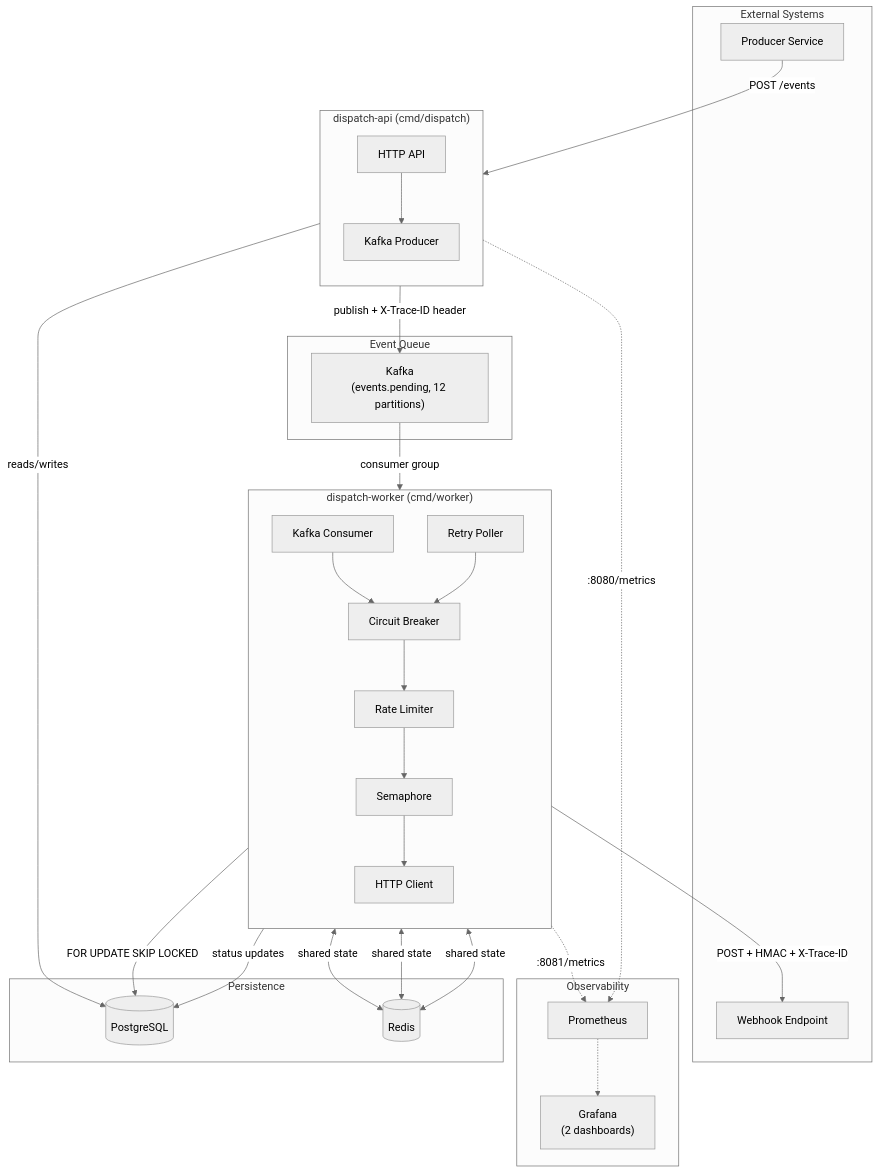
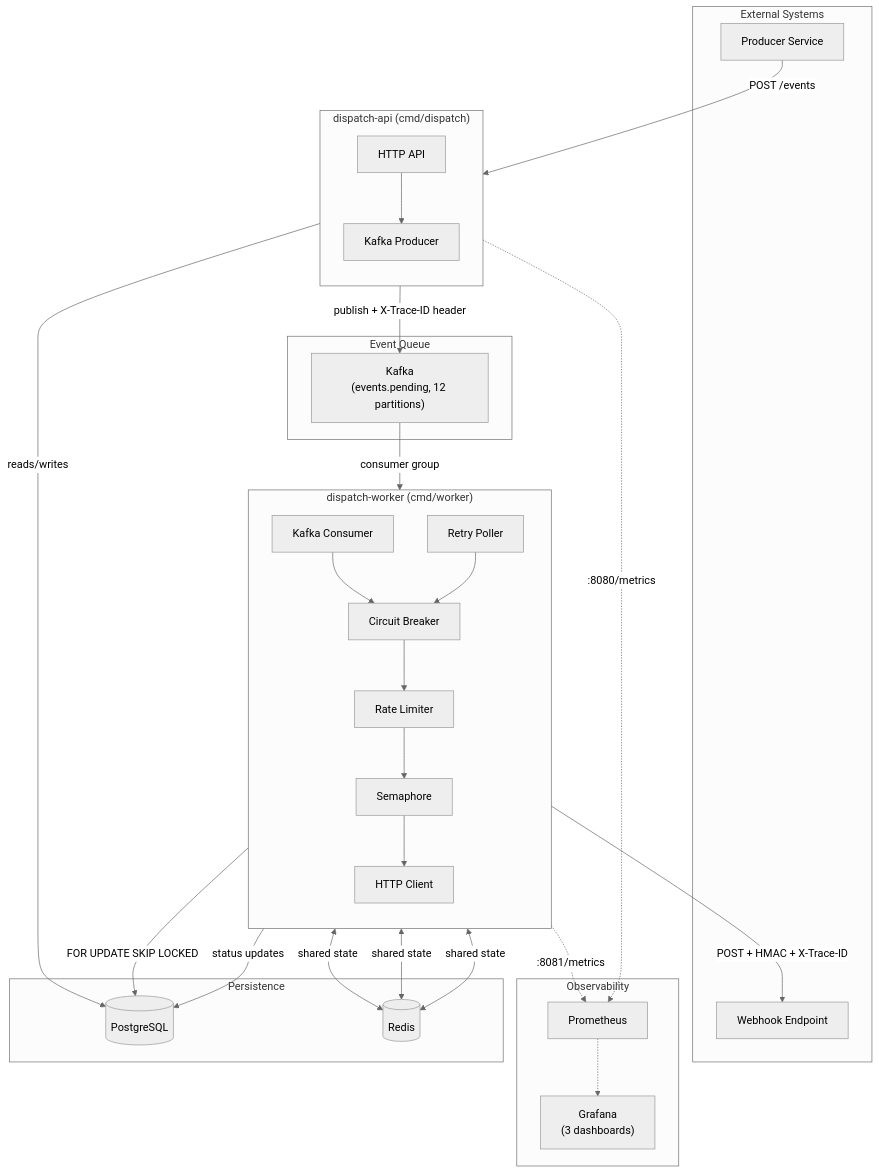
One commit to felipepmaragno/webhook-service changed the first of 12 diagrams in docs/architecture.md. Above: the diagram before and after it, drawn with Mermaid (neutral theme). The commit also changed other lines of this file and 2 other files, not shown here.

Commit message:
docs: create v0.3.0 exec plan; update ADR 007 and architecture for metric changes
- docs/exec-plans/active/v0.3.0.md: full plan for local observability demo
  (Phase 1 done, Phases 2-4 pending: receiver service, Kafka UI, seed script,
  Makefile targets, final doc pass)
- docs/adr/007-observability.md: expand metrics table with all 12 metrics,
  namespaces and labels; document StateChangeNotifier pattern and rationale;
  renumber sub-sections after insertion
- docs/architecture.md: fix Grafana dashboard count (2→3); add observability
  hook note to Circuit Breaker section explaining StateChangeNotifier opt-in

Generated with [Devin](https://cli.devin.ai/docs)

````diff
--- a/docs/architecture.md
+++ b/docs/architecture.md
@@ -7,58 +7,58 @@
 ```mermaid
 flowchart TB
     subgraph External["External Systems"]
         Producer["Producer Service"]
         Consumer["Webhook Endpoint"]
     end
 
     subgraph API["dispatch-api (cmd/dispatch)"]
         direction TB
         HTTPHandler["HTTP API"]
         KafkaProducer["Kafka Producer"]
     end
 
     subgraph Queue["Event Queue"]
         Kafka["Kafka<br/>(events.pending, 12 partitions)"]
     end
 
     subgraph Worker["dispatch-worker (cmd/worker)"]
         direction TB
         KafkaConsumer["Kafka Consumer"]
         RetryPoller["Retry Poller"]
         CB["Circuit Breaker"]
         RL["Rate Limiter"]
         Sem["Semaphore"]
         Delivery["HTTP Client"]
     end
 
     subgraph Storage["Persistence"]
         DB[(PostgreSQL)]
         Redis[(Redis)]
     end
 
     subgraph Observability["Observability"]
         Prom["Prometheus"]
-        Grafana["Grafana<br/>(2 dashboards)"]
+        Grafana["Grafana<br/>(3 dashboards)"]
     end
 
     Producer -->|"POST /events"| HTTPHandler
     HTTPHandler -->|"reads/writes"| DB
     HTTPHandler --> KafkaProducer
     KafkaProducer -->|"publish + X-Trace-ID header"| Kafka
     Kafka -->|"consumer group"| KafkaConsumer
     RetryPoller -->|"FOR UPDATE SKIP LOCKED"| DB
     KafkaConsumer --> CB
     RetryPoller --> CB
     CB --> RL
     RL --> Sem
     Sem --> Delivery
     Delivery -->|"POST + HMAC + X-Trace-ID"| Consumer
     Delivery -->|"status updates"| DB
     CB <-->|"shared state"| Redis
     RL <-->|"shared state"| Redis
     Sem <-->|"shared state"| Redis
 
     API -.->|":8080/metrics"| Prom
     Worker -.->|":8081/metrics"| Prom
     Prom -.-> Grafana
 ```
````
